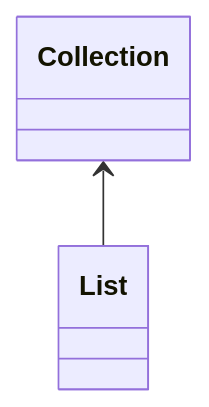
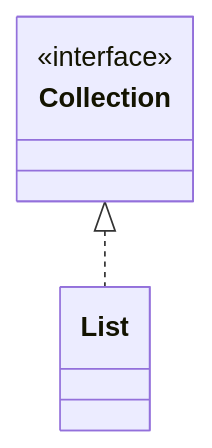
The diagram in Java/Java_Base_Note.md (silascript/ITNotes), drawn with Mermaid before and after one commit. The commit also changed other lines of this file and 2 other files, not shown here.

Commit message:
2025-08-04 22:42:30

````diff
--- a/Java/Java_Base_Note.md
+++ b/Java/Java_Base_Note.md
@@ -28,8 +28,10 @@
 ```mermaid
 classDiagram
-	class Collection
+	class Collection{
+		<<interface>>
+	}
 	class List
 
-	Collection <-- List
+	Collection <|.. List
 
 ```
````
